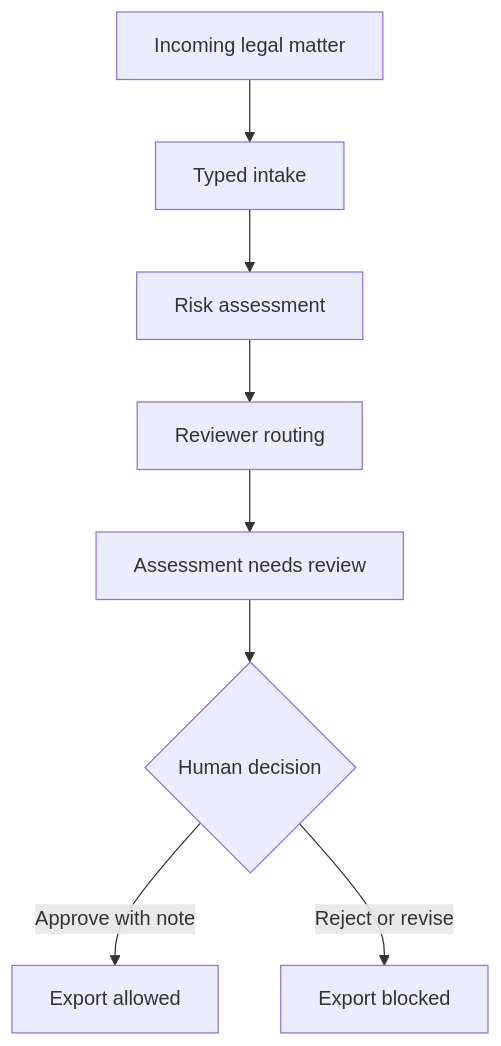
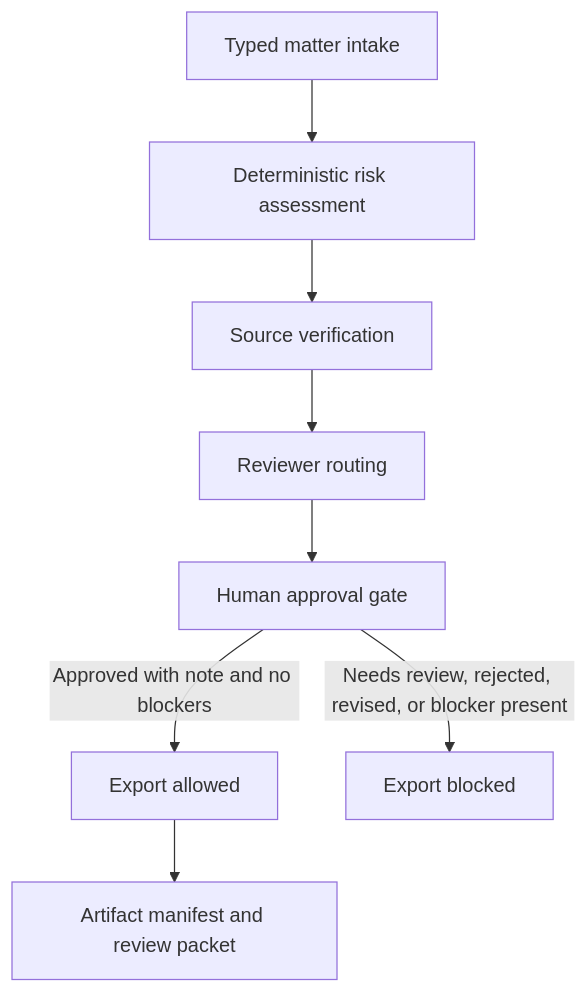
The diagram in README.md (sebastianfoerste/legal-ops-agent), drawn with Mermaid before and after one commit. The commit also changed other lines of this file and 9 other files, not shown here.

````diff
--- a/README.md
+++ b/README.md
@@ -15,10 +48,10 @@
 ```mermaid
 flowchart TD
-  A[Incoming legal matter] --> B[Typed intake]
-  B --> C[Risk assessment]
+  A[Typed matter intake] --> B[Deterministic risk assessment]
+  B --> C[Source verification]
   C --> D[Reviewer routing]
-  D --> E[Assessment needs review]
-  E --> F{Human decision}
-  F -->|Approve with note| G[Export allowed]
-  F -->|Reject or revise| H[Export blocked]
+  D --> E[Human approval gate]
+  E -->|Approved with note and no blockers| F[Export allowed]
+  E -->|Needs review, rejected, revised, or blocker present| G[Export blocked]
+  F --> H[Artifact manifest and review packet]
 ```
````
